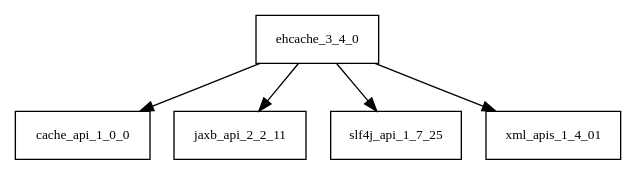
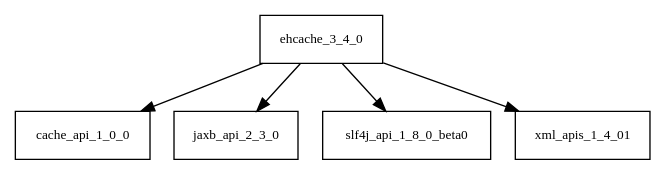
Before and after one commit to AglaianWoman/cia: the diagram in tattleTaleReport/graphviz/ehcache-3.4.0.jar/ehcache-3.4.0.jar.dot, drawn with Graphviz. The commit also changed 3162 other files, not shown here.

```diff
--- a/tattleTaleReport/graphviz/ehcache-3.4.0.jar/ehcache-3.4.0.jar.dot
+++ b/tattleTaleReport/graphviz/ehcache-3.4.0.jar/ehcache-3.4.0.jar.dot
@@ -1,7 +1,7 @@
 digraph ehcache_3_4_0_dependencies {
   node [shape = box, fontsize=10.0];
   ehcache_3_4_0 -> cache_api_1_0_0;
-  ehcache_3_4_0 -> jaxb_api_2_2_11;
-  ehcache_3_4_0 -> slf4j_api_1_7_25;
+  ehcache_3_4_0 -> jaxb_api_2_3_0;
+  ehcache_3_4_0 -> slf4j_api_1_8_0_beta0;
   ehcache_3_4_0 -> xml_apis_1_4_01;
 }
```
